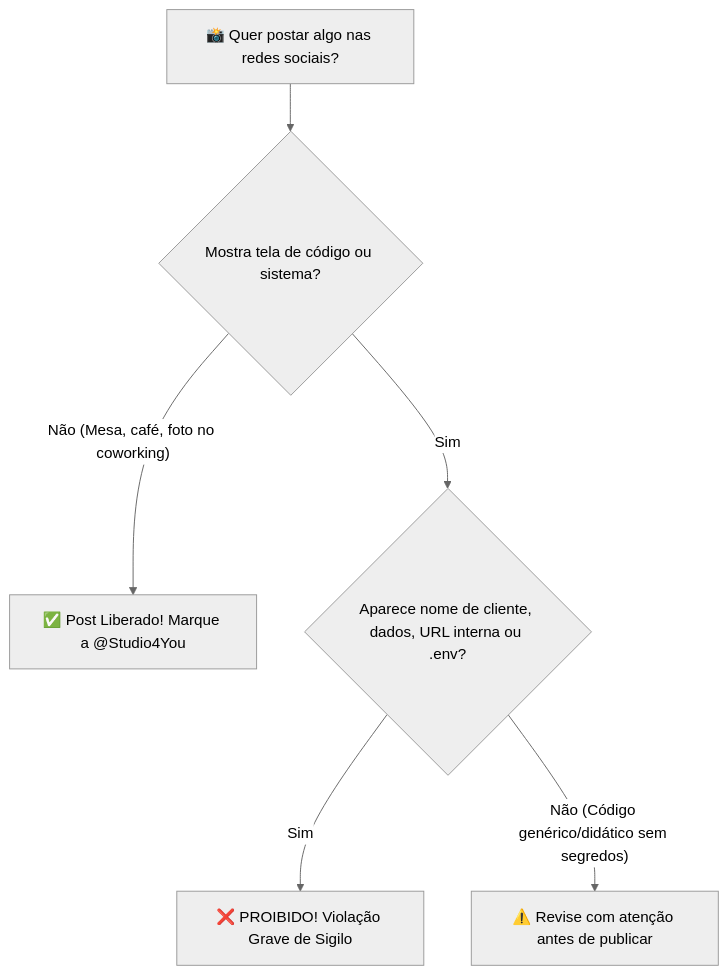
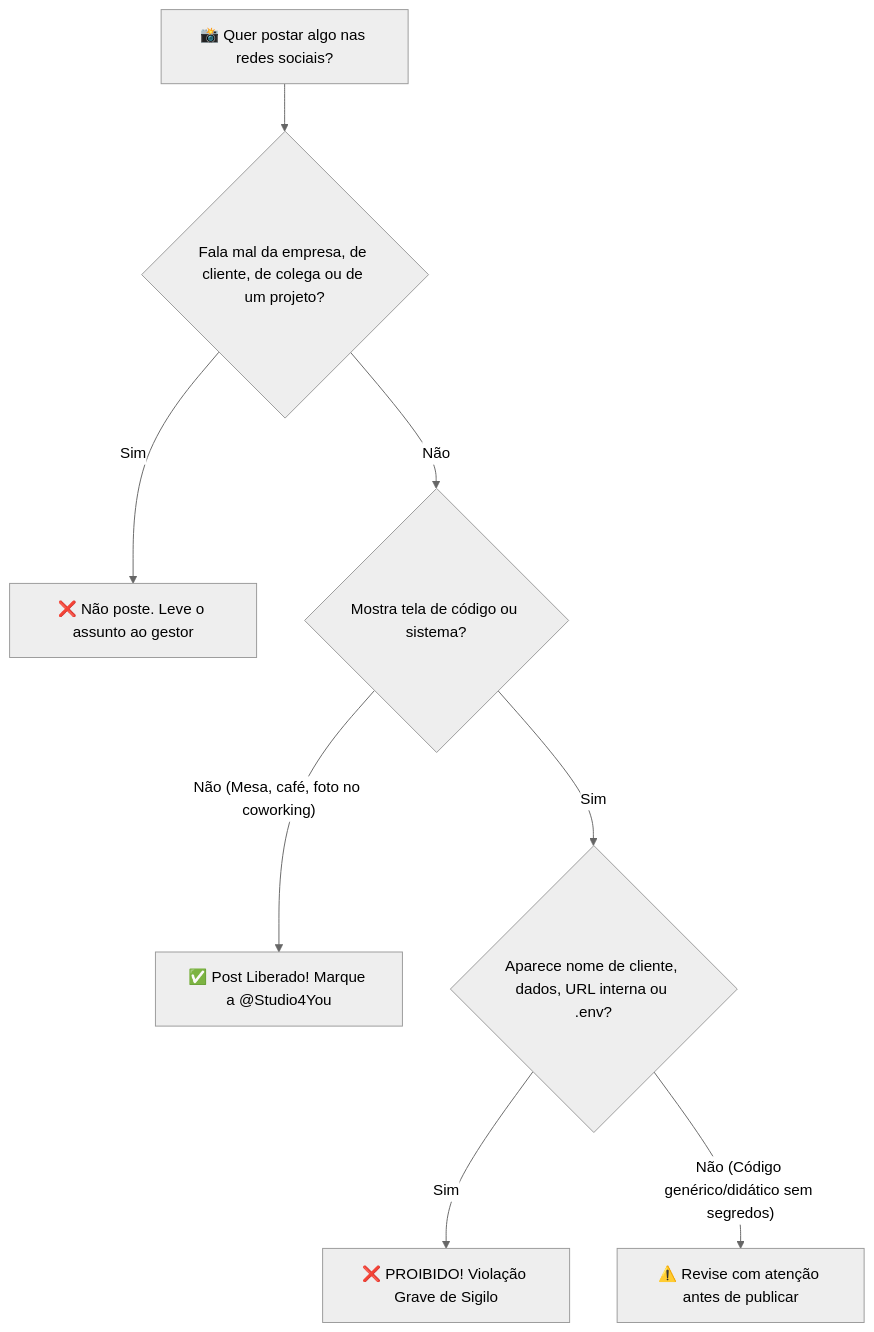
One commit to Roliveira96/manual-do-calouro changed the diagram in docs/13-sigilo-etica-e-confidencialidade.md. Above: the diagram before and after it, drawn with Mermaid (neutral theme). The commit also changed other lines of this file and 2 other files, not shown here.

````diff
--- a/docs/13-sigilo-etica-e-confidencialidade.md
+++ b/docs/13-sigilo-etica-e-confidencialidade.md
@@ -32,8 +32,10 @@
 ```mermaid
 flowchart TD
-    Post["📸 Quer postar algo nas redes sociais?"] --> Q1{"Mostra tela de código ou sistema?"}
+    Post["📸 Quer postar algo nas redes sociais?"] --> Q0{"Fala mal da empresa, de cliente, de colega ou de um projeto?"}
+    Q0 -- "Sim" --> Ban0["❌ Não poste. Leve o assunto ao gestor"]
+    Q0 -- "Não" --> Q1{"Mostra tela de código ou sistema?"}
     Q1 -- "Não (Mesa, café, foto no coworking)" --> Ok["✅ Post Liberado! Marque a @Studio4You"]
     Q1 -- "Sim" --> Q2{"Aparece nome de cliente, dados, URL interna ou .env?"}
     Q2 -- "Sim" --> Ban["❌ PROIBIDO! Violação Grave de Sigilo"]
     Q2 -- "Não (Código genérico/didático sem segredos)" --> Caution["⚠️ Revise com atenção antes de publicar"]
 ```
````
